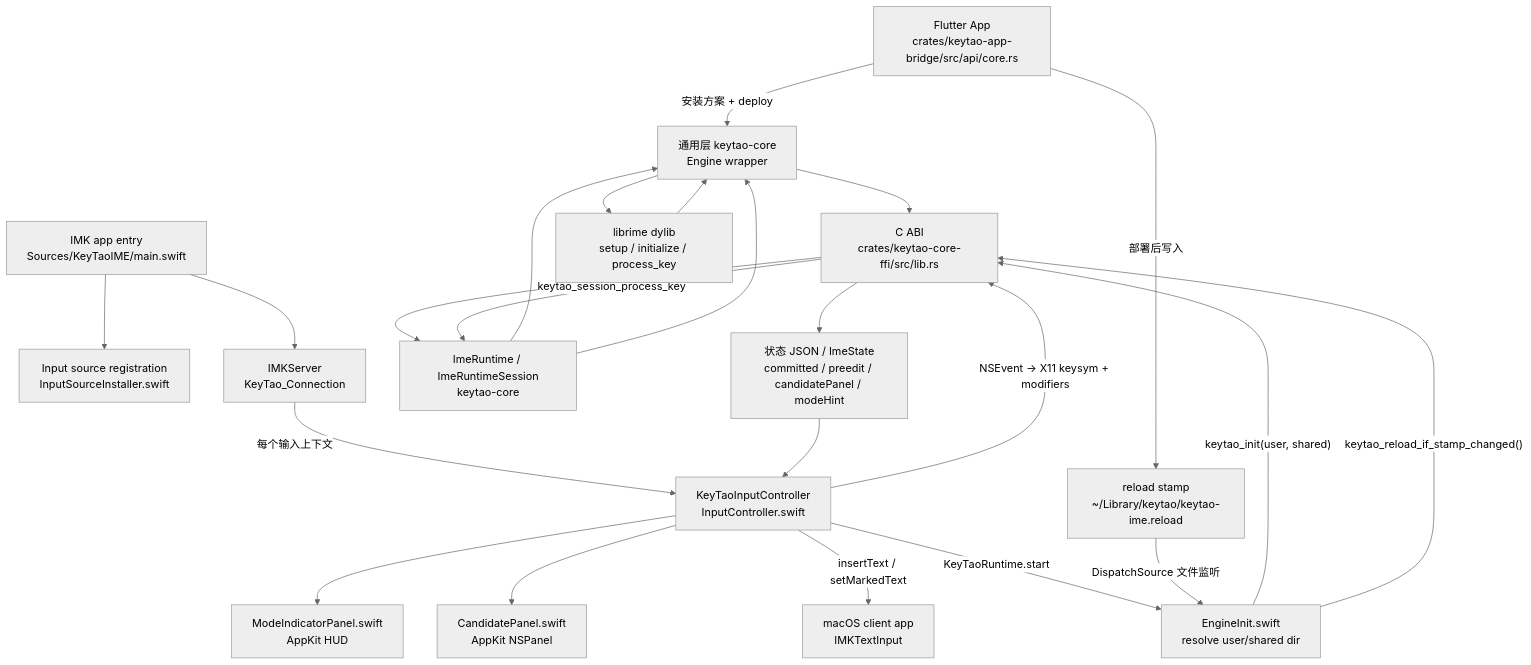
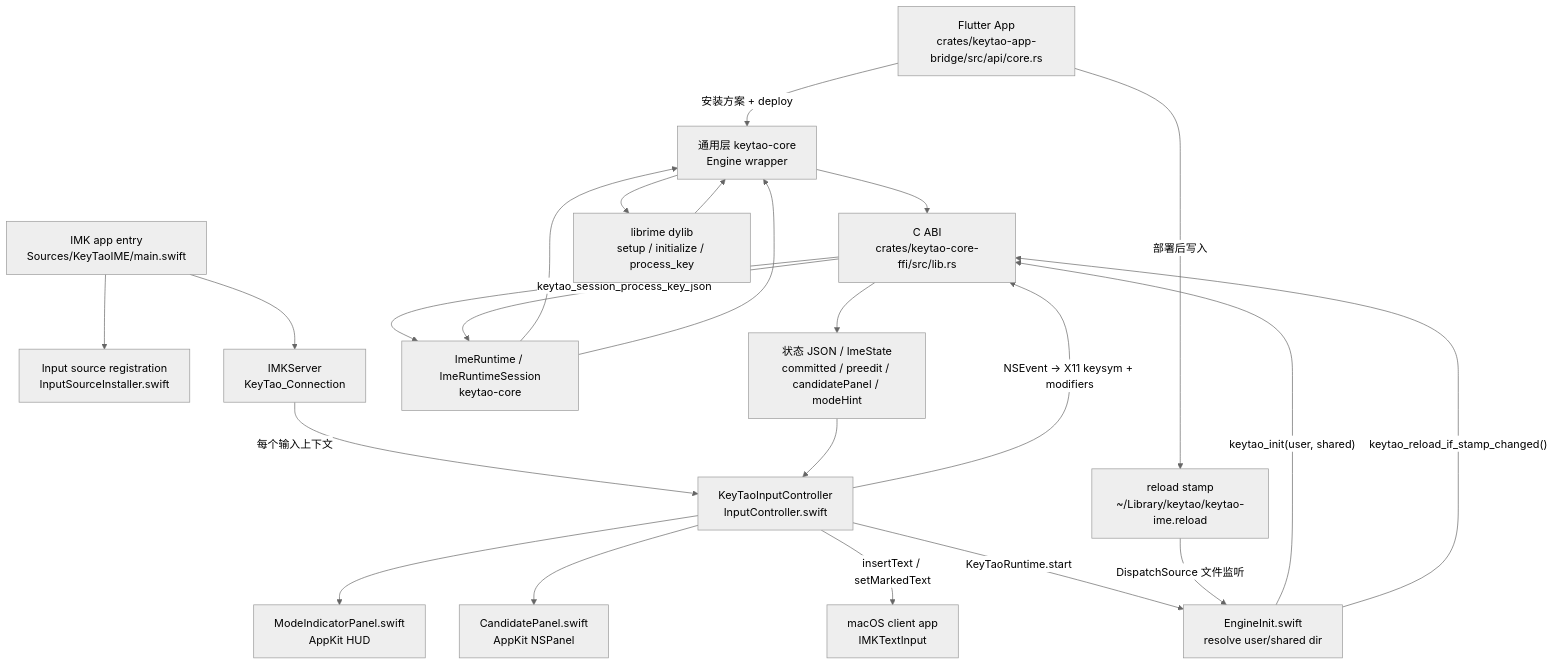
One commit to xkinput/keytao-app changed the diagram in crates/keytao-macos-ime/README.md. Above: the diagram before and after it, drawn with Mermaid (neutral theme). The commit also changed 30 other files, not shown here.

````diff
--- a/crates/keytao-macos-ime/README.md
+++ b/crates/keytao-macos-ime/README.md
@@ -37,41 +37,41 @@
 ```mermaid
 flowchart TD
     App["Flutter App<br/>crates/keytao-app-bridge/src/api/core.rs"]
     Stamp["reload stamp<br/>~/Library/keytao/keytao-ime.reload"]
     Main["IMK app entry<br/>Sources/KeyTaoIME/main.swift"]
     TIS["Input source registration<br/>InputSourceInstaller.swift"]
     IMK["IMKServer<br/>KeyTao_Connection"]
     Controller["KeyTaoInputController<br/>InputController.swift"]
     EngineInit["EngineInit.swift<br/>resolve user/shared dir"]
     FFI["C ABI<br/>crates/keytao-core-ffi/src/lib.rs"]
     Runtime["ImeRuntime / ImeRuntimeSession<br/>keytao-core"]
     Core["通用层 keytao-core<br/>Engine wrapper"]
     Librime["librime dylib<br/>setup / initialize / process_key"]
     State["状态 JSON / ImeState<br/>committed / preedit / candidatePanel / modeHint"]
     CandidatePanel["CandidatePanel.swift<br/>AppKit NSPanel"]
     ModeHint["ModeIndicatorPanel.swift<br/>AppKit HUD"]
     Client["macOS client app<br/>IMKTextInput"]
 
     App -->|"安装方案 + deploy"| Core
     App -->|"部署后写入"| Stamp
     Main --> TIS
     Main --> IMK
     IMK -->|"每个输入上下文"| Controller
     Controller -->|"KeyTaoRuntime.start"| EngineInit
     EngineInit -->|"keytao_init(user, shared)"| FFI
     FFI --> Runtime
     Runtime --> Core
     Core --> Librime
     Stamp -->|"DispatchSource 文件监听"| EngineInit
     EngineInit -->|"keytao_reload_if_stamp_changed()"| FFI
     Controller -->|"NSEvent -> X11 keysym + modifiers"| FFI
-    FFI -->|"keytao_session_process_key"| Runtime
+    FFI -->|"keytao_session_process_key_json"| Runtime
     Runtime --> Core
     Librime --> Core
     Core --> FFI
     FFI --> State
     State --> Controller
     Controller -->|"insertText / setMarkedText"| Client
     Controller --> CandidatePanel
     Controller --> ModeHint
 ```
````
